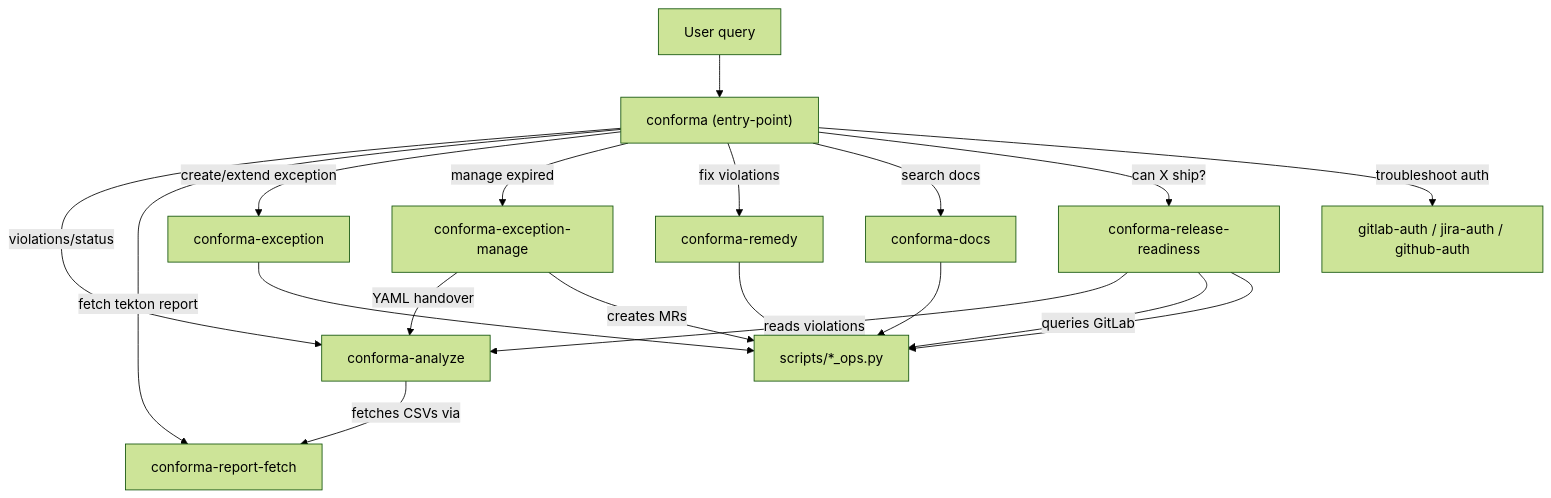
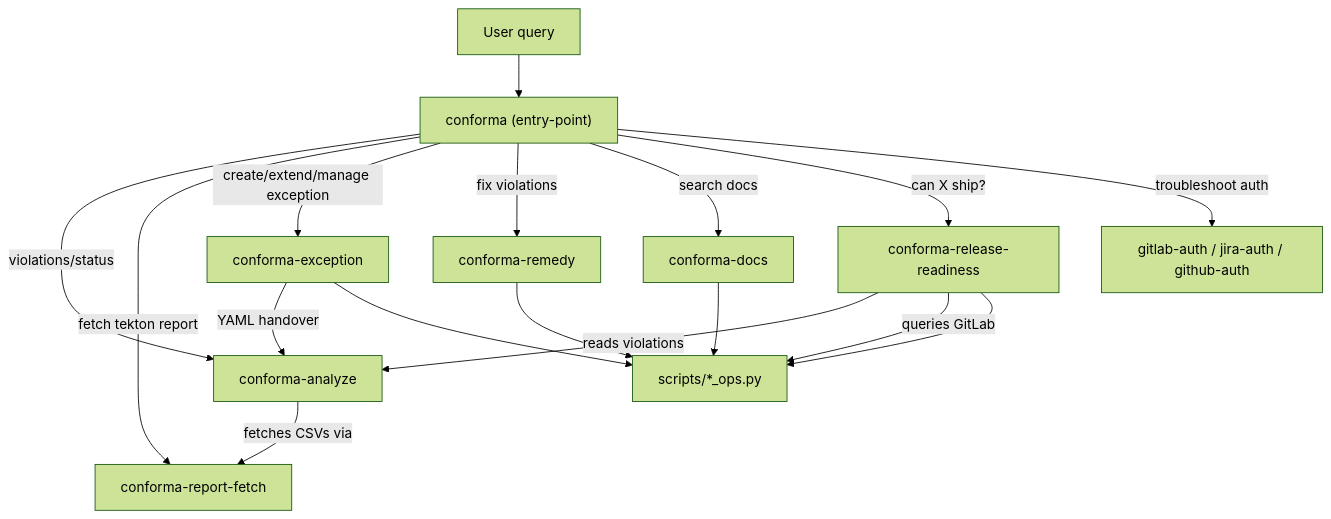
One commit to opendatahub-io/aiops-infra changed the diagram in ARCHITECTURE.md. Above: the diagram before and after it, drawn with Mermaid (forest theme). The commit also changed other lines of this file and 1 other file, not shown here.

Commit message:
Refactor conforma-exception management and update architecture documentation
- Consolidated the `conforma-exception` skill to include create, extend, manage, view, and review functionalities, while removing the deprecated `conforma-exception-manage` skill.
- Updated architecture documentation to reflect the streamlined exception management process and clarified the role of the `conforma-exception` skill.
- Enhanced the flowchart to accurately represent the interactions between skills, improving overall clarity and understanding of the conforma architecture.

These changes aim to simplify the exception management workflow and improve documentation for better user guidance.

````diff
--- a/ARCHITECTURE.md
+++ b/ARCHITECTURE.md
@@ -19,22 +19,20 @@
 ```mermaid
 flowchart TD
     user[User query] --> entry["conforma (entry-point)"]
     entry -->|"violations/status"| analyze["conforma-analyze"]
     entry -->|"fetch tekton report"| reportFetch["conforma-report-fetch"]
     analyze -->|"fetches CSVs via"| reportFetch
-    entry -->|"create/extend exception"| exception["conforma-exception"]
-    entry -->|"manage expired"| manage["conforma-exception-manage"]
+    entry -->|"create/extend/manage exception"| exception["conforma-exception"]
     entry -->|"fix violations"| remedy["conforma-remedy"]
     entry -->|"search docs"| docs["conforma-docs"]
     entry -->|"can X ship?"| readiness["conforma-release-readiness"]
     entry -->|"troubleshoot auth"| auth["gitlab-auth / jira-auth / github-auth"]
 
     readiness -->|"reads violations"| analyze
     readiness -->|"queries GitLab"| sharedScripts
-    manage -->|"YAML handover"| analyze
-    manage -->|"creates MRs"| sharedScripts["scripts/*_ops.py"]
-    exception --> sharedScripts
+    exception -->|"YAML handover"| analyze
+    exception --> sharedScripts["scripts/*_ops.py"]
     remedy --> sharedScripts
     readiness --> sharedScripts
     docs --> sharedScripts
 ```
````
